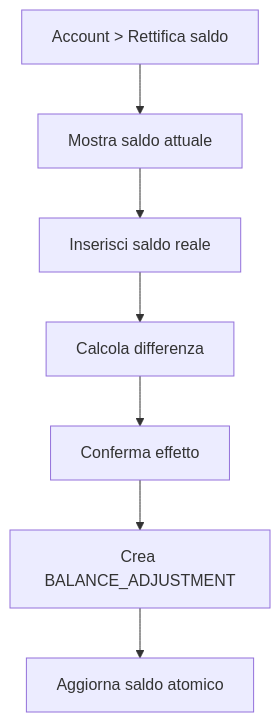
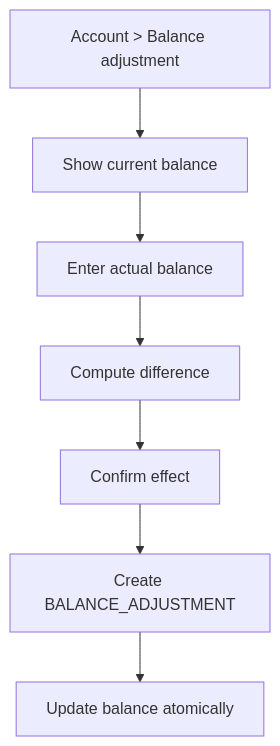
The fourth of 4 diagrams in plan.md (Dokjolly0/FinancialManager), drawn with Mermaid before and after one commit. The commit also changed other lines of this file and 2 other files, not shown here.

````diff
--- a/plan.md
+++ b/plan.md
@@ -900,9 +900,9 @@
 ```mermaid
 flowchart TD
-    A[Account > Rettifica saldo] --> B[Mostra saldo attuale]
-    B --> C[Inserisci saldo reale]
-    C --> D[Calcola differenza]
-    D --> E[Conferma effetto]
-    E --> F[Crea BALANCE_ADJUSTMENT]
-    F --> G[Aggiorna saldo atomico]
+    A[Account > Balance adjustment] --> B[Show current balance]
+    B --> C[Enter actual balance]
+    C --> D[Compute difference]
+    D --> E[Confirm effect]
+    E --> F[Create BALANCE_ADJUSTMENT]
+    F --> G[Update balance atomically]
 ```
````
